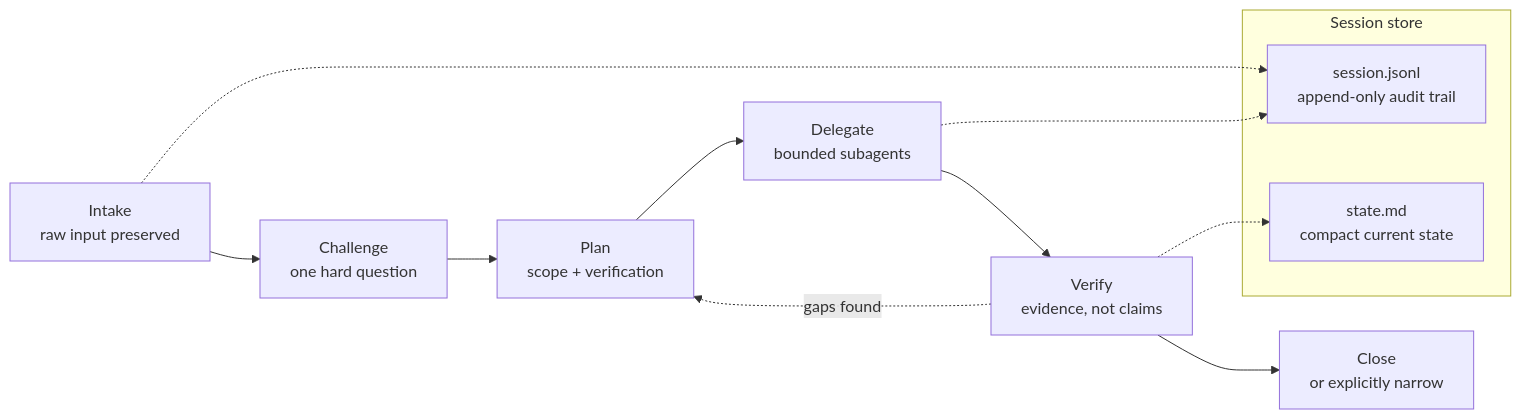
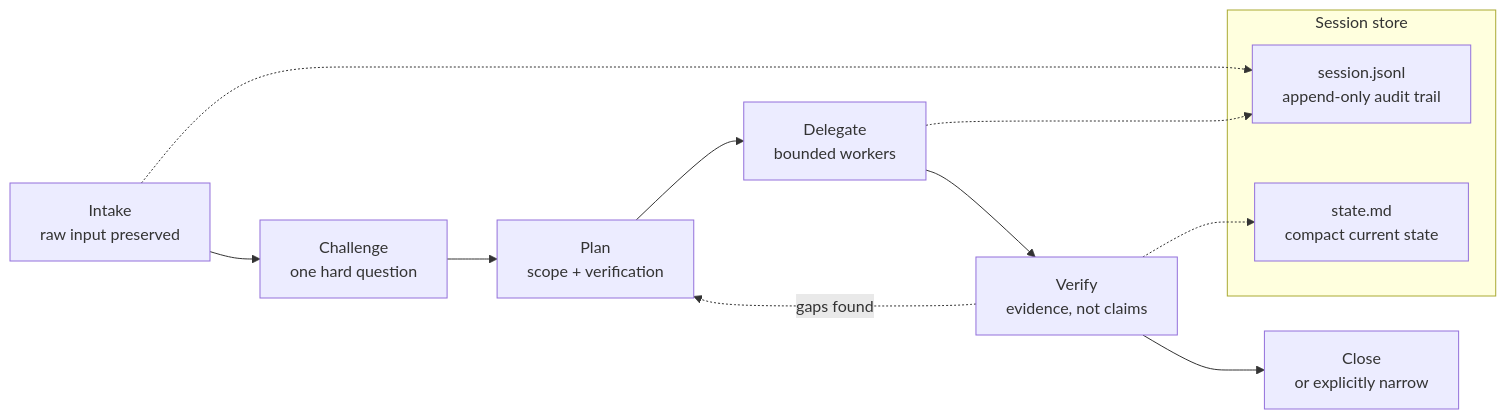
Before and after one commit to sebastian-breitzke/stellwerk-starter: the first of 2 diagrams in README.md, drawn with Mermaid. The commit also changed other lines of this file and 48 other files, not shown here.

````diff
--- a/README.md
+++ b/README.md
@@ -78,18 +52,18 @@
 ```mermaid
 flowchart LR
     A[Intake<br/>raw input preserved] --> B[Challenge<br/>one hard question]
     B --> C[Plan<br/>scope + verification]
-    C --> D[Delegate<br/>bounded subagents]
+    C --> D[Delegate<br/>bounded workers]
     D --> E[Verify<br/>evidence, not claims]
     E --> F[Close<br/>or explicitly narrow]
     E -. gaps found .-> C
 
     subgraph store[Session store]
         L[session.jsonl<br/>append-only audit trail]
         S[state.md<br/>compact current state]
     end
 
     A -.-> L
     D -.-> L
     E -.-> S
 ```
````
